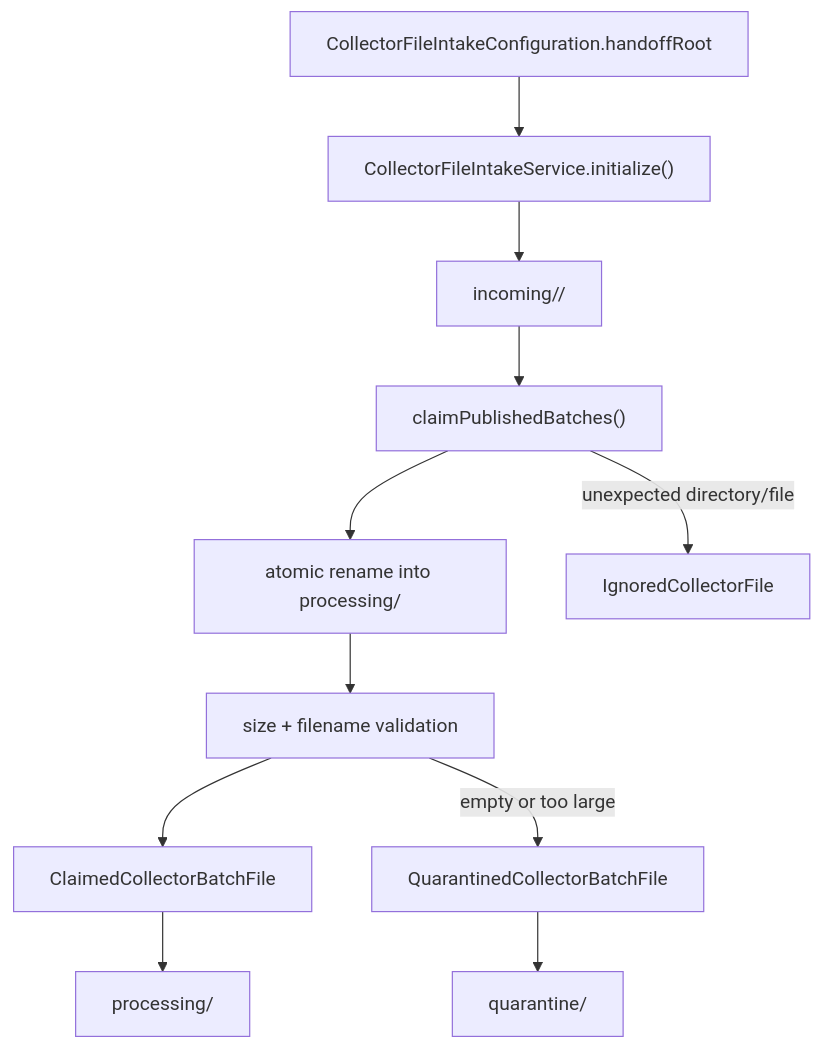
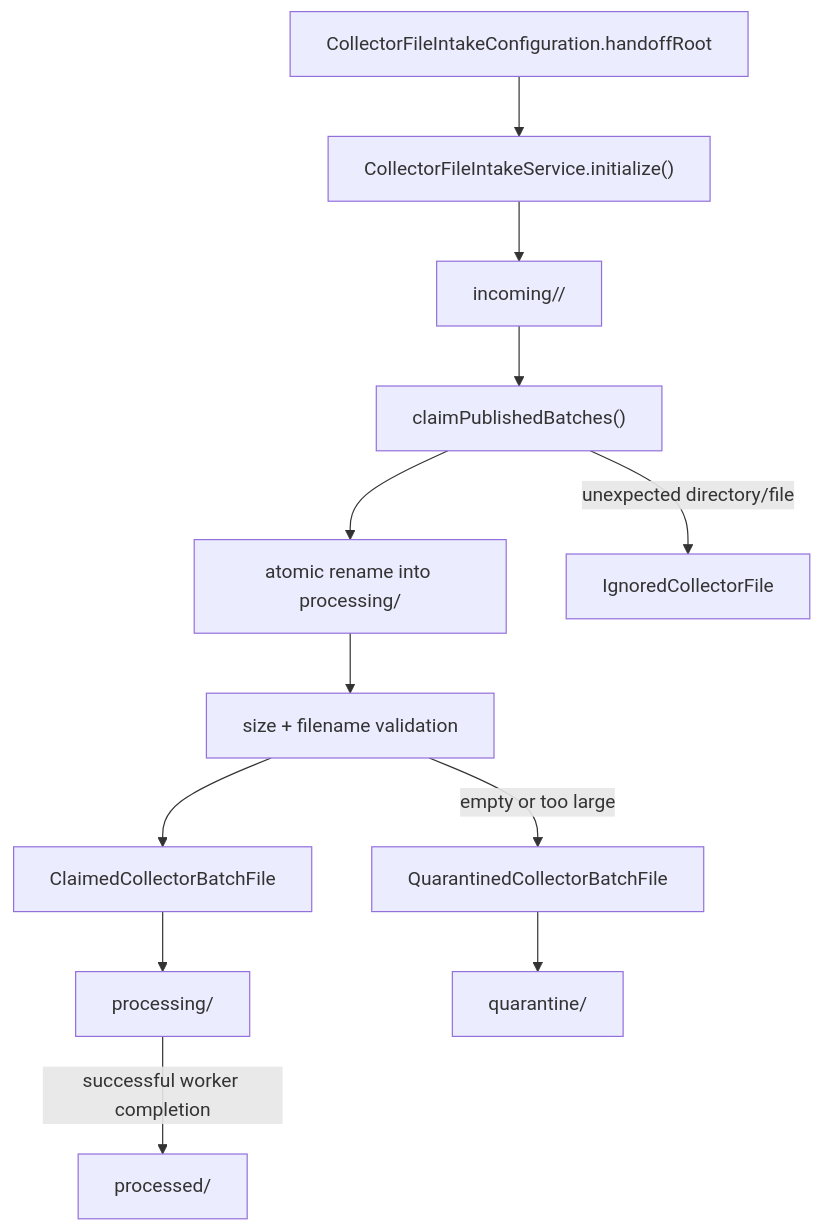
The third of 7 diagrams in backend/src/modules/ingestion/ARCHITECTURE.md (abhaykapale/Trivikrama), drawn with Mermaid before and after one commit. The commit also changed other lines of this file and 22 other files, not shown here.

````diff
--- a/backend/src/modules/ingestion/ARCHITECTURE.md
+++ b/backend/src/modules/ingestion/ARCHITECTURE.md
@@ -67,20 +74,22 @@
 ```mermaid
 flowchart TD
     ROOT["CollectorFileIntakeConfiguration.handoffRoot"]
     INIT["CollectorFileIntakeService.initialize()"]
     INCOMING["incoming/<collectorId>/"]
     PROCESSING["processing/"]
+    PROCESSED["processed/"]
     QUARANTINE["quarantine/"]
     DISCOVER["claimPublishedBatches()"]
     RENAME["atomic rename into processing/"]
     CHECK["size + filename validation"]
     CLAIMED["ClaimedCollectorBatchFile"]
     QUAR["QuarantinedCollectorBatchFile"]
     IGNORE["IgnoredCollectorFile"]
 
     ROOT --> INIT --> INCOMING --> DISCOVER --> RENAME --> CHECK --> CLAIMED
     CHECK -->|empty or too large| QUAR
     DISCOVER -->|unexpected directory/file| IGNORE
     CLAIMED --> PROCESSING
+    PROCESSING -->|successful worker completion| PROCESSED
     QUAR --> QUARANTINE
 ```
````
